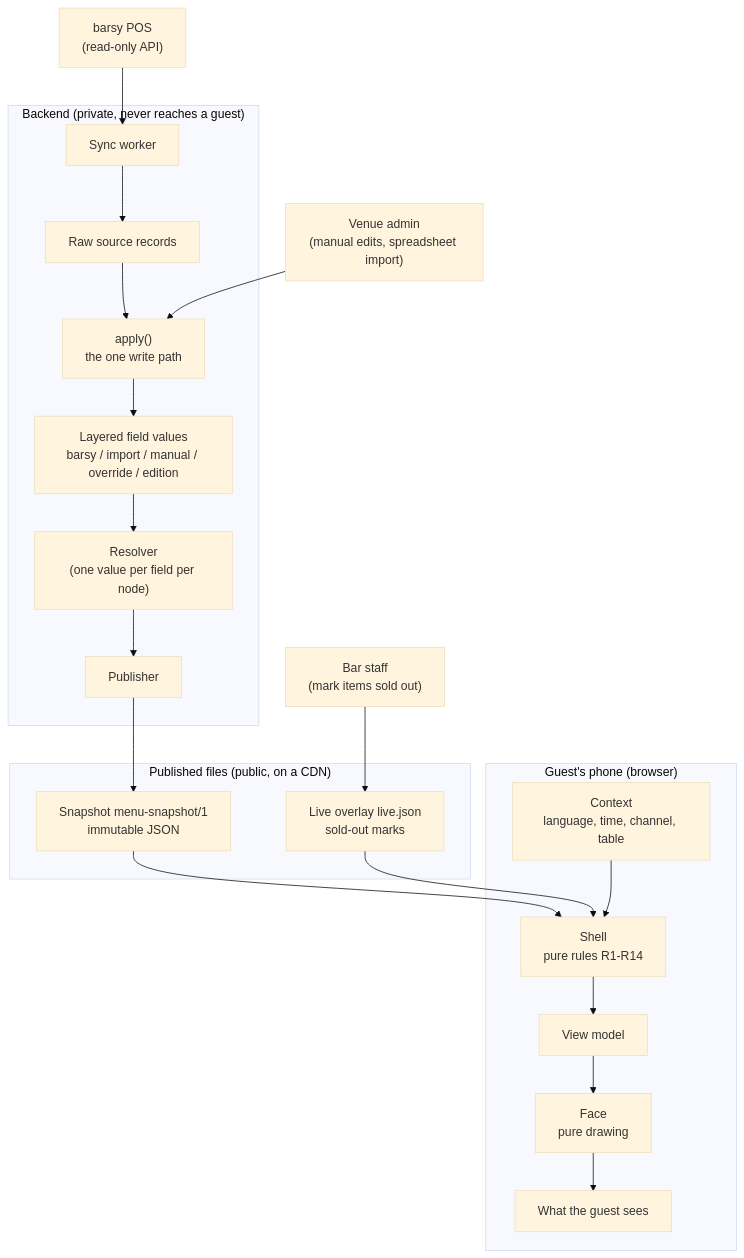
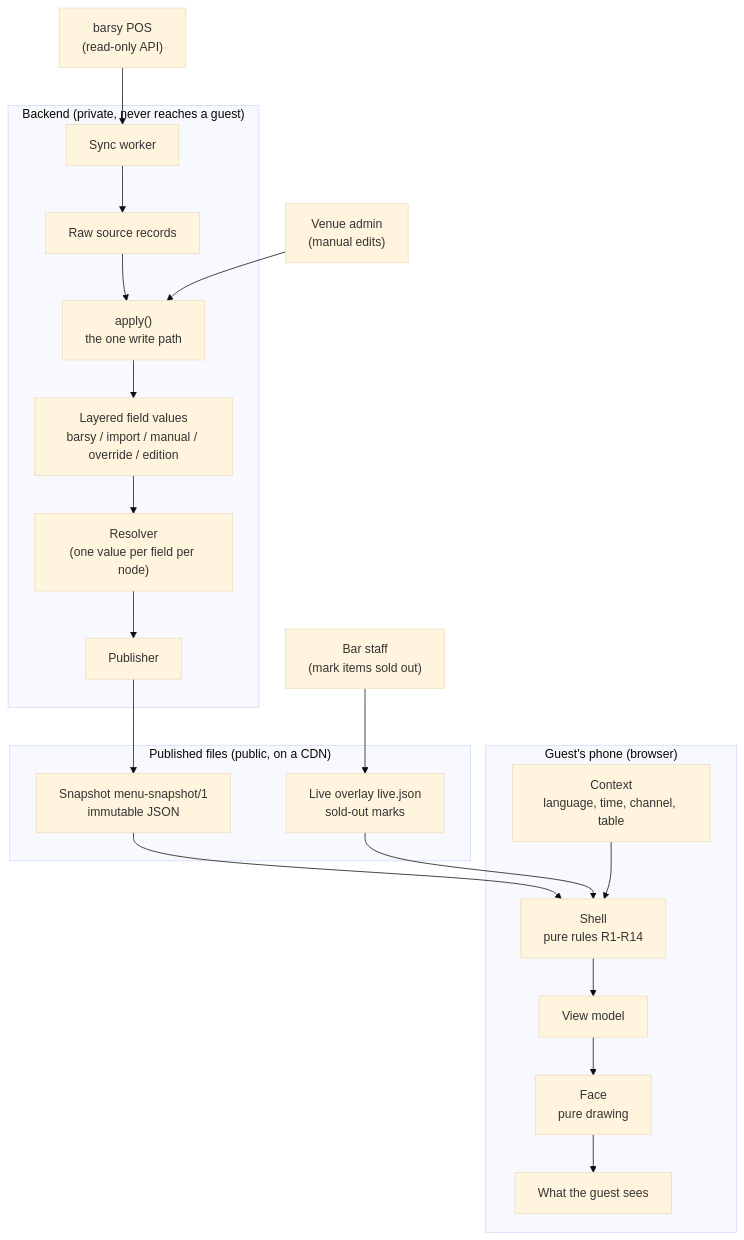
Before and after one commit to MartinKostadinov04/restro: the diagram in docs/guides/shell-handoff/visualization-shell.md, drawn with Mermaid (base theme). The commit also changed other lines of this file and 4 other files, not shown here.

Commit message:
docs: drop spreadsheet import (D65) from the architecture mirror, hand-off guide and tracker; review reports A2 (data layer) and A4 (admin app)

````diff
--- a/docs/guides/shell-handoff/visualization-shell.md
+++ b/docs/guides/shell-handoff/visualization-shell.md
@@ -36,37 +36,37 @@
 ```mermaid
 flowchart TD
   POS["barsy POS<br/>(read-only API)"]
-  ED["Venue admin<br/>(manual edits, spreadsheet import)"]
+  ED["Venue admin<br/>(manual edits)"]
   STAFF["Bar staff<br/>(mark items sold out)"]
 
   subgraph BACKEND ["Backend (private, never reaches a guest)"]
     SYNC["Sync worker"]
     RAW["Raw source records"]
     APPLY["apply()<br/>the one write path"]
     LAYERS["Layered field values<br/>barsy / import / manual / override / edition"]
     RES["Resolver<br/>(one value per field per node)"]
     PUB["Publisher"]
   end
 
   subgraph CDN ["Published files (public, on a CDN)"]
     SNAP["Snapshot menu-snapshot/1<br/>immutable JSON"]
     LIVE["Live overlay live.json<br/>sold-out marks"]
   end
 
   subgraph PHONE ["Guest's phone (browser)"]
     CTX["Context<br/>language, time, channel, table"]
     SHELL["Shell<br/>pure rules R1-R14"]
     VM["View model"]
     FACE["Face<br/>pure drawing"]
     SCREEN["What the guest sees"]
   end
 
   POS --> SYNC --> RAW --> APPLY
   ED --> APPLY
   APPLY --> LAYERS --> RES --> PUB --> SNAP
   STAFF --> LIVE
   SNAP --> SHELL
   LIVE --> SHELL
   CTX --> SHELL
   SHELL --> VM --> FACE --> SCREEN
 ```
````
